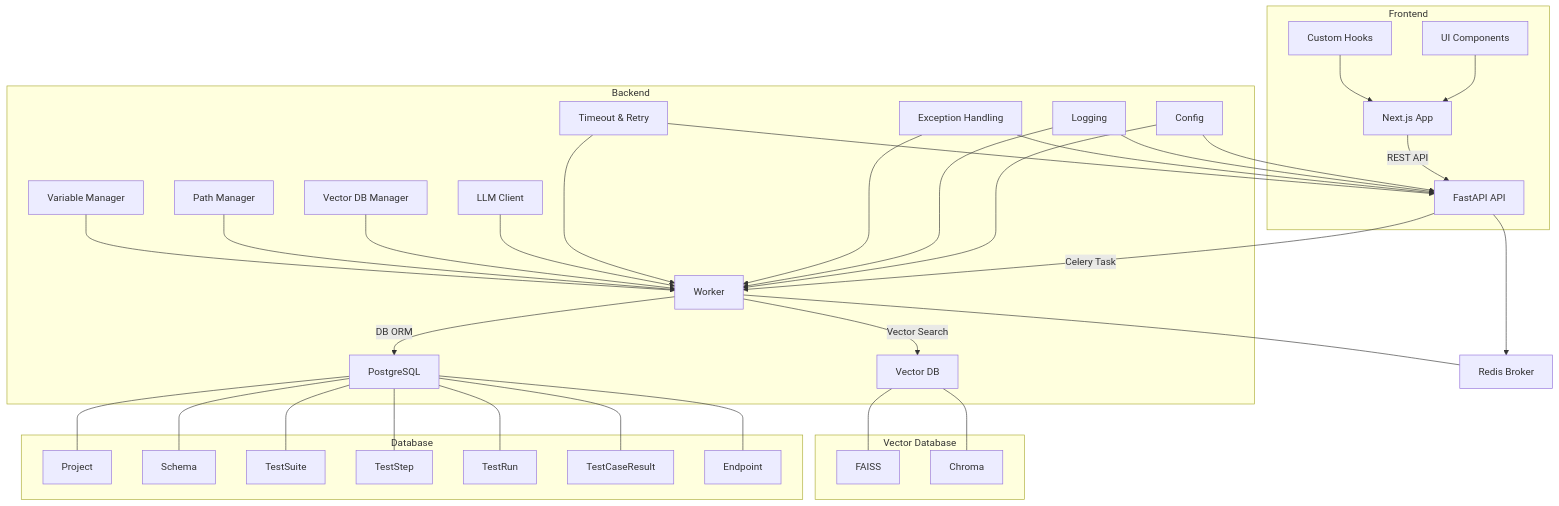
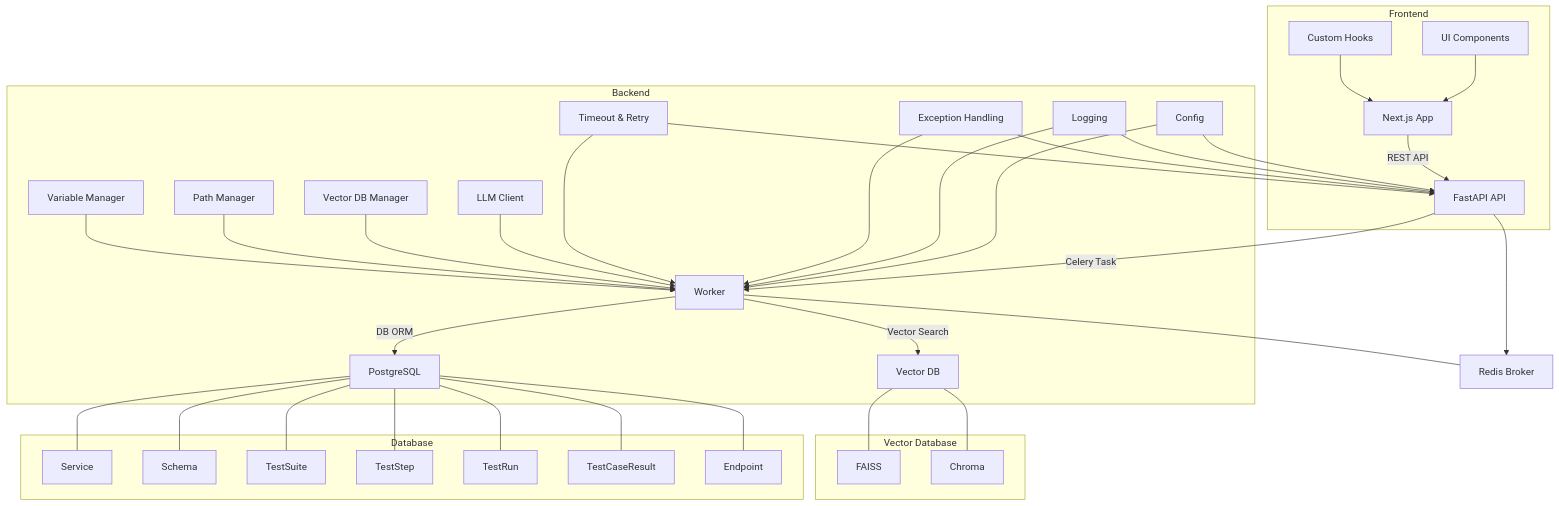
Before and after one commit to Pirikara/caseforge: the first of 6 diagrams in ARCHITECTURE.md, drawn with Mermaid. The commit also changed other lines of this file and 80 other files, not shown here.

Commit message:
rename model name from project to service

````diff
--- a/ARCHITECTURE.md
+++ b/ARCHITECTURE.md
@@ -83,49 +83,49 @@
 ```mermaid
 graph TD;
   subgraph Frontend
     A[Next.js App] -- REST API --> B[FastAPI API]
     A1[UI Components] --> A
     A2[Custom Hooks] --> A
   end
 
   subgraph Backend
     B -- Celery Task --> C[Worker]
     C -- DB ORM --> D[PostgreSQL]
     C -- Vector Search --> E[Vector DB]
     
     F[Config] --> B
     F --> C
     G[Logging] --> B
     G --> C
     
     H[Exception Handling] --> B
     H --> C
     
     I[Timeout & Retry] --> B
     I --> C
     
     J[LLM Client] --> C
     K[Vector DB Manager] --> C
     L[Path Manager] --> C
     M[Variable Manager] --> C
   end
 
   subgraph Database
-    D --- D1[Project]
+    D --- D1[Service]
     D --- D2[Schema]
     D --- D3[TestSuite]
     D --- D4[TestStep]
     D --- D5[TestRun]
     D --- D6[TestCaseResult]
     D --- D7[Endpoint]
   end
 
   subgraph "Vector Database"
     E --- E1[FAISS]
     E --- E2[Chroma]
   end
 
   R[Redis Broker]
   C --- R
   B --> R
 ```
````
